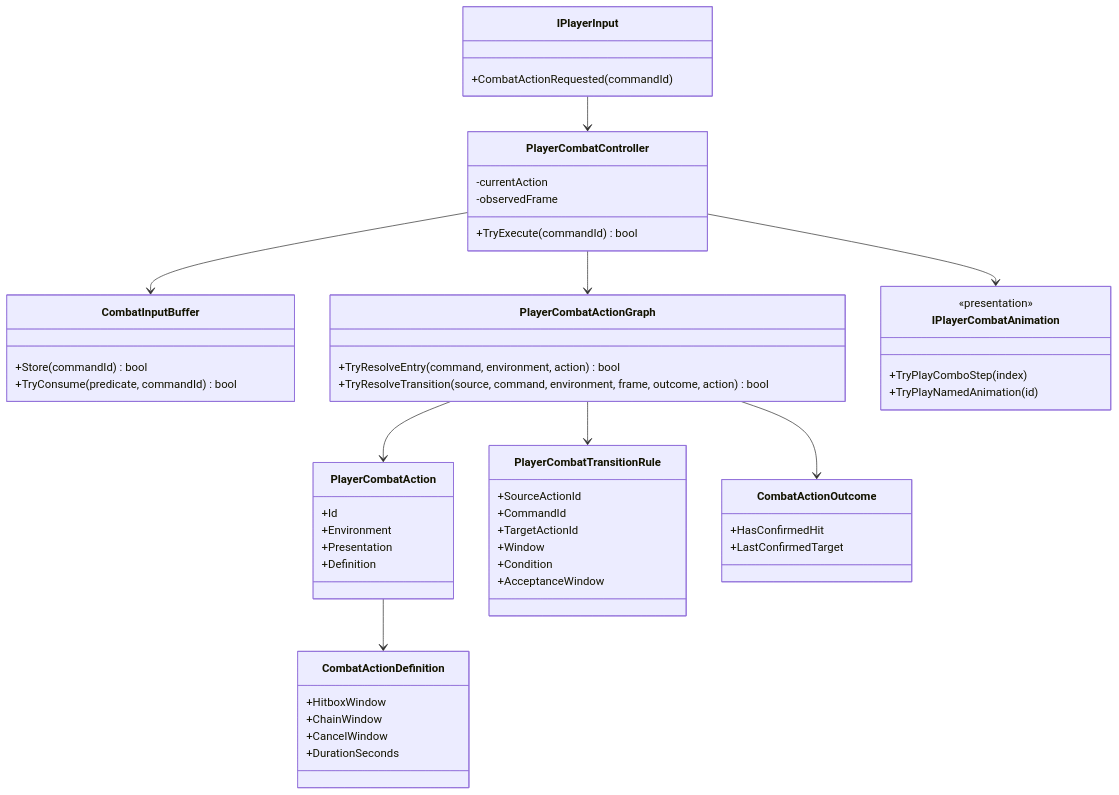
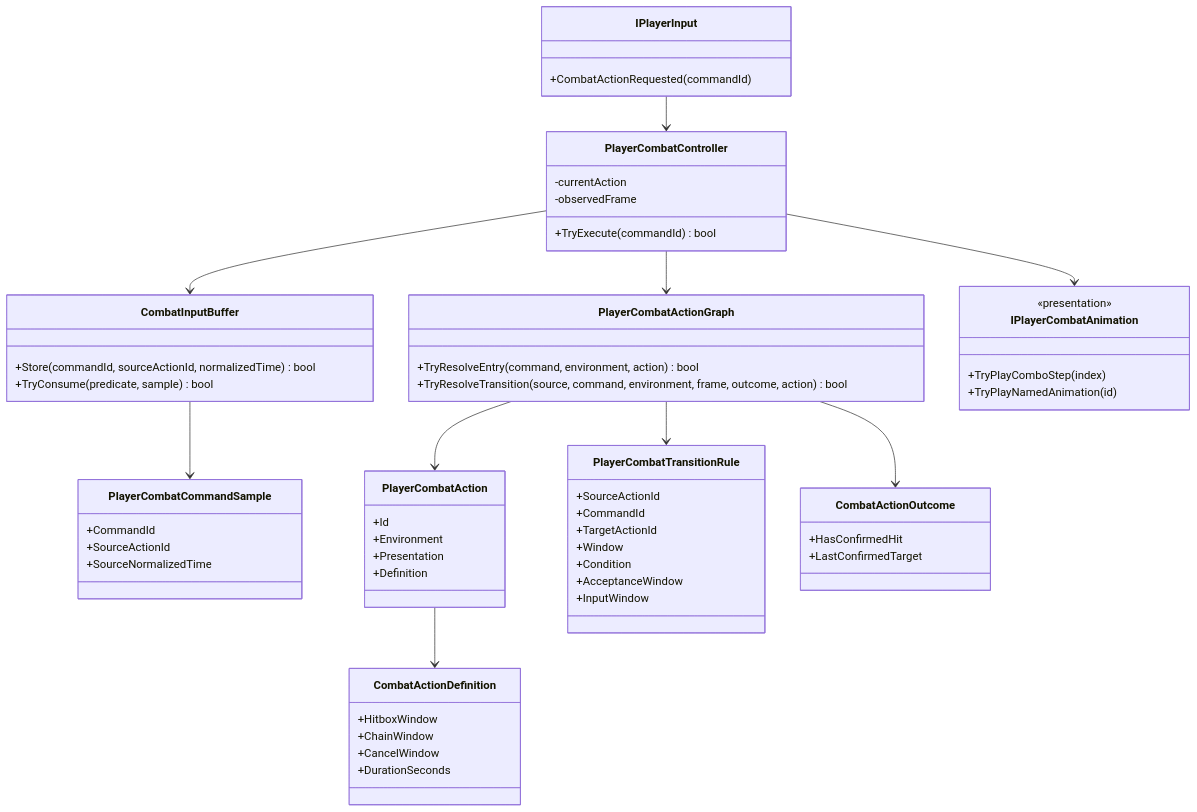
Before and after one commit to MaximFonariuc/project-s: the diagram in Docs/Architecture/Combat.ComboGraph.md, drawn with Mermaid. The commit also changed other lines of this file and 12 other files, not shown here.

````diff
--- a/Docs/Architecture/Combat.ComboGraph.md
+++ b/Docs/Architecture/Combat.ComboGraph.md
@@ -10,57 +10,64 @@
 ```mermaid
 classDiagram
     class IPlayerInput {
         +CombatActionRequested(commandId)
     }
     class CombatInputBuffer {
-        +Store(commandId) bool
-        +TryConsume(predicate, commandId) bool
+        +Store(commandId, sourceActionId, normalizedTime) bool
+        +TryConsume(predicate, sample) bool
+    }
+    class PlayerCombatCommandSample {
+        +CommandId
+        +SourceActionId
+        +SourceNormalizedTime
     }
     class PlayerCombatController {
         -currentAction
         -observedFrame
         +TryExecute(commandId) bool
     }
     class PlayerCombatActionGraph {
         +TryResolveEntry(command, environment, action) bool
         +TryResolveTransition(source, command, environment, frame, outcome, action) bool
     }
     class PlayerCombatAction {
         +Id
         +Environment
         +Presentation
         +Definition
     }
     class PlayerCombatTransitionRule {
         +SourceActionId
         +CommandId
         +TargetActionId
         +Window
         +Condition
         +AcceptanceWindow
+        +InputWindow
     }
     class CombatActionDefinition {
         +HitboxWindow
         +ChainWindow
         +CancelWindow
         +DurationSeconds
     }
     class CombatActionOutcome {
         +HasConfirmedHit
         +LastConfirmedTarget
     }
     class IPlayerCombatAnimation {
         <<presentation>>
         +TryPlayComboStep(index)
         +TryPlayNamedAnimation(id)
     }
 
     IPlayerInput --> PlayerCombatController
     PlayerCombatController --> CombatInputBuffer
+    CombatInputBuffer --> PlayerCombatCommandSample
     PlayerCombatController --> PlayerCombatActionGraph
     PlayerCombatActionGraph --> PlayerCombatAction
     PlayerCombatActionGraph --> PlayerCombatTransitionRule
     PlayerCombatAction --> CombatActionDefinition
     PlayerCombatActionGraph --> CombatActionOutcome
     PlayerCombatController --> IPlayerCombatAnimation
 ```
````
